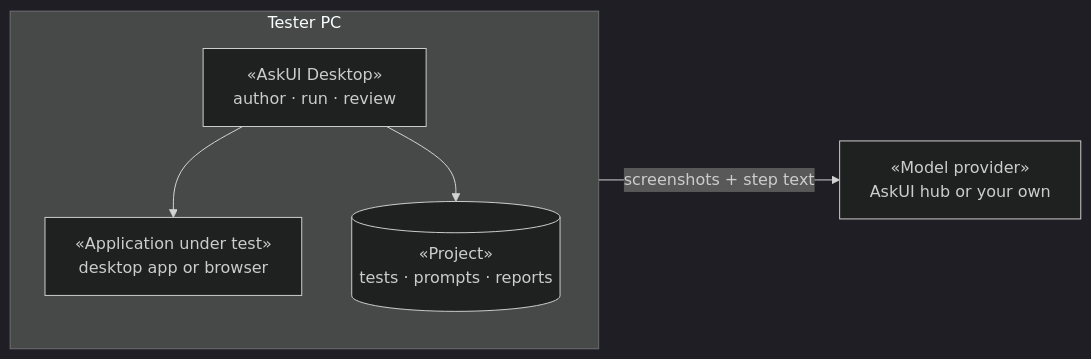
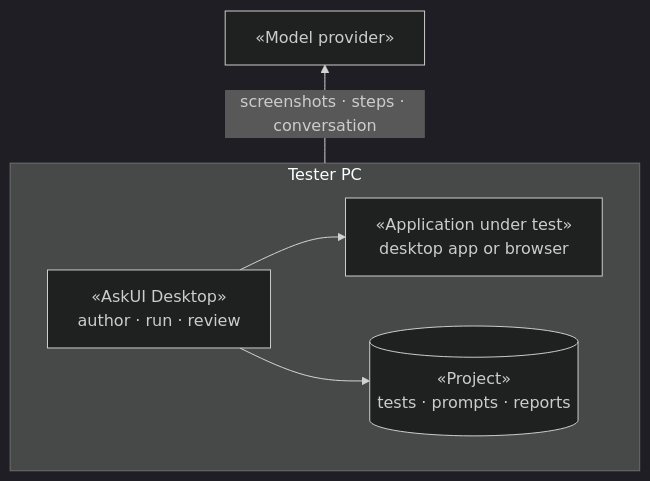
The first of 2 diagrams in content/docs/concepts/enterprise-fit.mdx (askui/docs-rewrite), drawn with Mermaid (dark theme) before and after one commit. The commit also changed other lines of this file and 5 other files, not shown here.

First line of the commit message:
docs(enterprise-fit): iterated diagrams + render-mermaid skill

````diff
--- a/content/docs/concepts/enterprise-fit.mdx
+++ b/content/docs/concepts/enterprise-fit.mdx
@@ -19,12 +19,12 @@
 ```mermaid
-flowchart LR
+flowchart BT
   subgraph pc["Tester PC"]
-    direction TB
+    direction LR
     D["«AskUI Desktop»<br/>author · run · review"]
     A["«Application under test»<br/>desktop app or browser"]
     F[("«Project»<br/>tests · prompts · reports")]
     D --> A
     D --> F
   end
-  D -->|"screenshots + step text"| M["«Model provider»<br/>AskUI hub or your own"]
+  pc -->|"screenshots · steps · conversation"| M["«Model provider»"]
 ```
````
